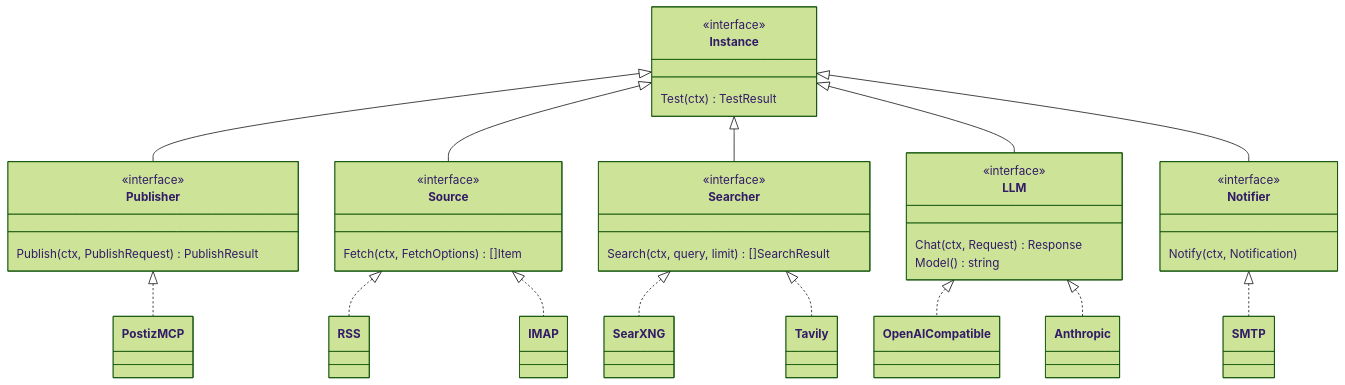
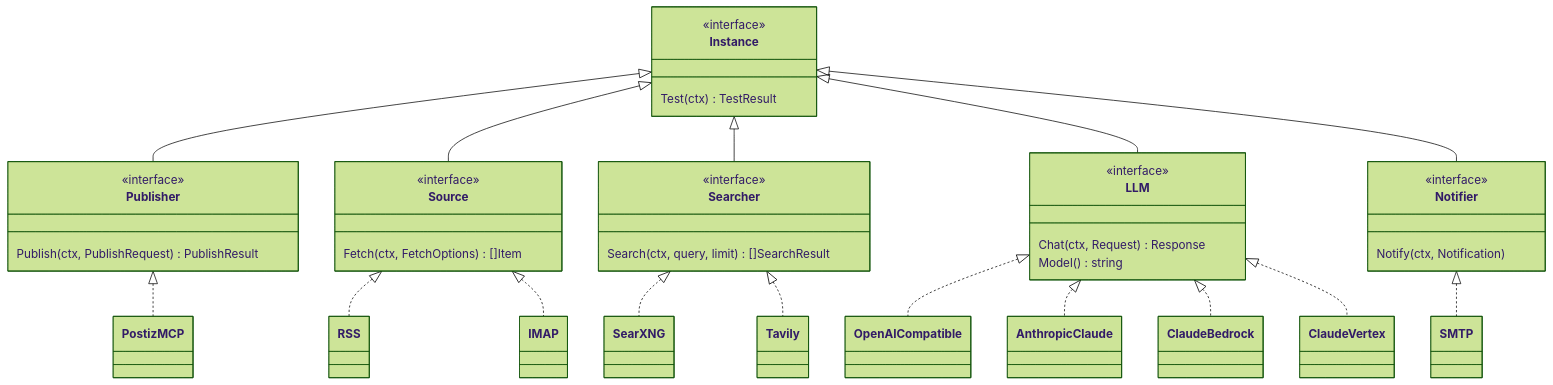
One commit to j75689/cueflow changed the second of 6 diagrams in docs/zh-TW/architecture.md. Above: the diagram before and after it, drawn with Mermaid (forest theme). The commit also changed other lines of this file and 12 other files, not shown here.

First line of the commit message:
feat: more LLM auth options, Bedrock/Vertex, OpenRouter and Azure OpenAI

````diff
--- a/docs/zh-TW/architecture.md
+++ b/docs/zh-TW/architecture.md
@@ -111,41 +111,43 @@
 ```mermaid
 classDiagram
     class Instance {
         <<interface>>
         Test(ctx) TestResult
     }
     class Publisher {
         <<interface>>
         Publish(ctx, PublishRequest) PublishResult
     }
     class Source {
         <<interface>>
         Fetch(ctx, FetchOptions) []Item
     }
     class Searcher {
         <<interface>>
         Search(ctx, query, limit) []SearchResult
     }
     class LLM {
         <<interface>>
         Chat(ctx, Request) Response
         Model() string
     }
     class Notifier {
         <<interface>>
         Notify(ctx, Notification)
     }
     Instance <|-- Publisher
     Instance <|-- Source
     Instance <|-- Searcher
     Instance <|-- LLM
     Instance <|-- Notifier
     Publisher <|.. PostizMCP
     Source <|.. RSS
     Source <|.. IMAP
     Searcher <|.. SearXNG
     Searcher <|.. Tavily
     LLM <|.. OpenAICompatible
-    LLM <|.. Anthropic
+    LLM <|.. AnthropicClaude
+    LLM <|.. ClaudeBedrock
+    LLM <|.. ClaudeVertex
     Notifier <|.. SMTP
 ```
````
